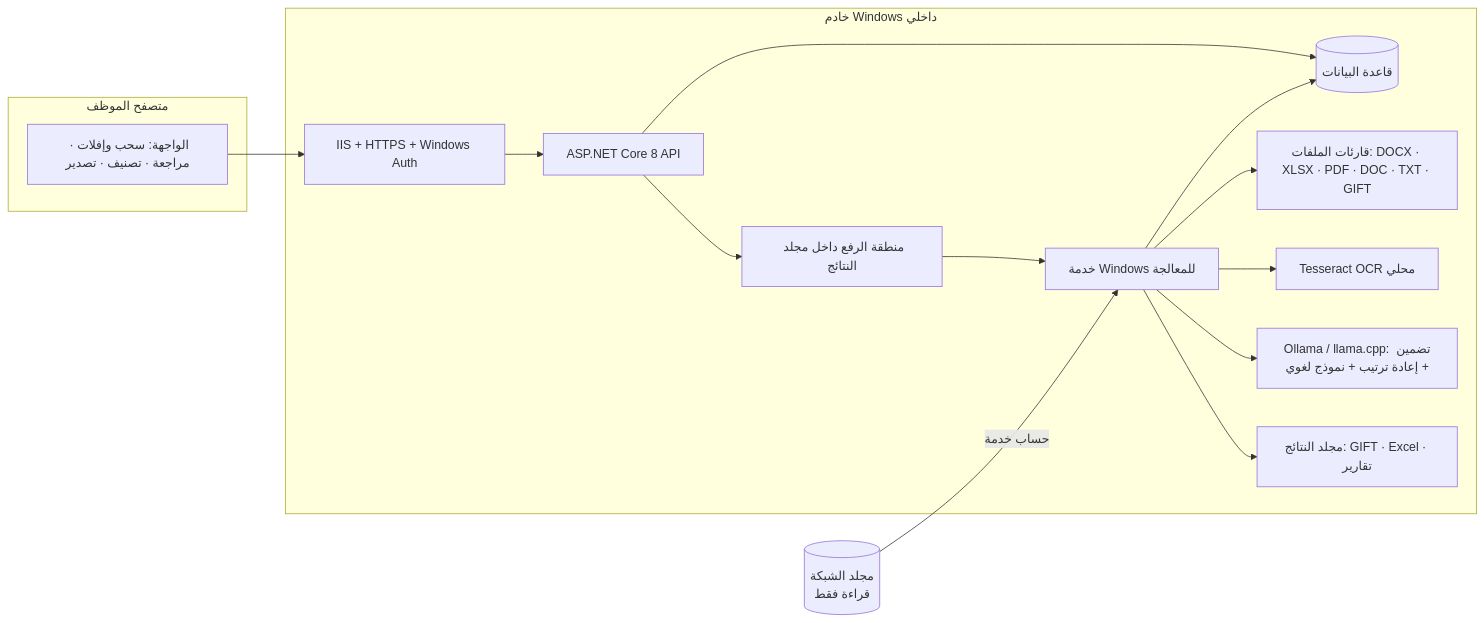
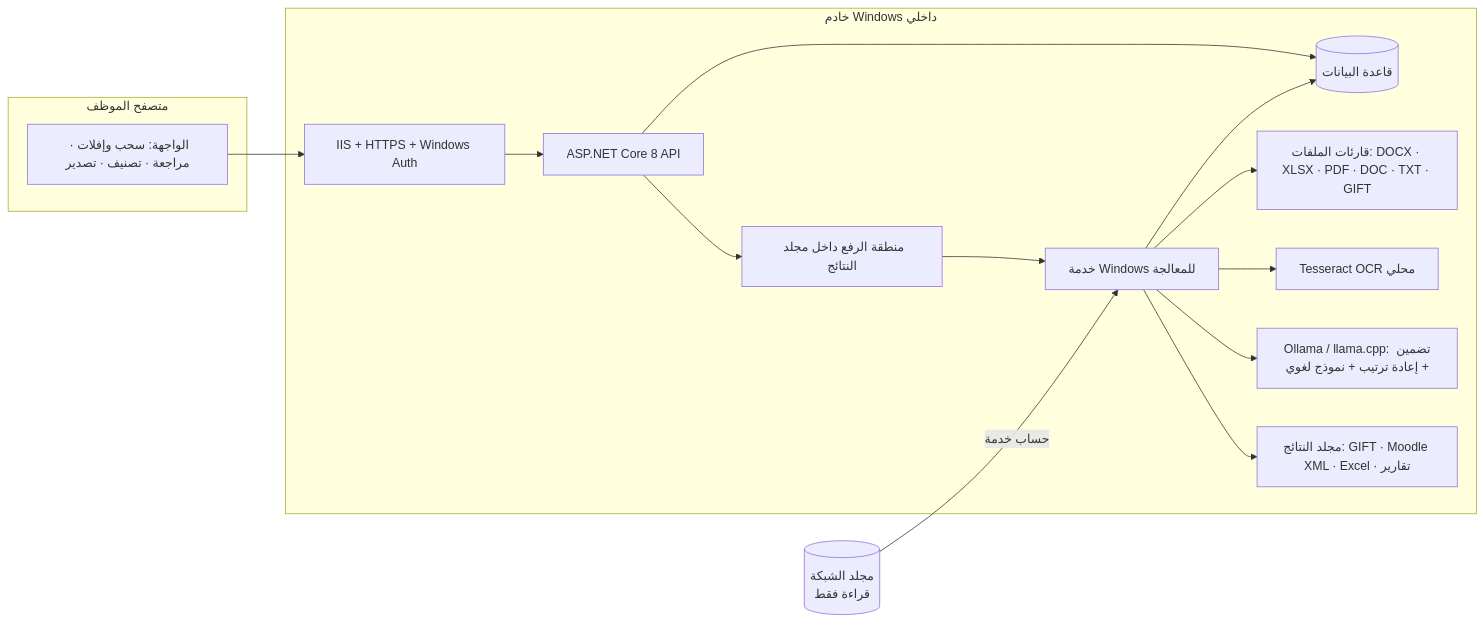
The first of 2 diagrams in docs/interface/PROPOSAL_AR.md (amaireh1989MZo/Exam-organization-), drawn with Mermaid before and after one commit. The commit also changed other lines of this file and 1 other file, not shown here.

First line of the commit message:
Add Moodle XML export to prototype basket and proposal

````diff
--- a/docs/interface/PROPOSAL_AR.md
+++ b/docs/interface/PROPOSAL_AR.md
@@ -46,19 +46,19 @@
 ```mermaid
 flowchart LR
   subgraph Browser[متصفح الموظف]
     UI[الواجهة: سحب وإفلات · مراجعة · تصنيف · تصدير]
   end
   subgraph Server[خادم Windows داخلي]
     IIS[IIS + HTTPS + Windows Auth] --> API[ASP.NET Core 8 API]
     API --> DB[(قاعدة البيانات)]
     API --> UP[منطقة الرفع داخل مجلد النتائج]
     W[خدمة Windows للمعالجة] --> DB
     W --> R[قارئات الملفات: DOCX · XLSX · PDF · DOC · TXT · GIFT]
     W --> OCR[Tesseract OCR محلي]
     W --> AI[Ollama / llama.cpp: تضمين + إعادة ترتيب + نموذج لغوي]
-    W --> OUT[مجلد النتائج: GIFT · Excel · تقارير]
+    W --> OUT[مجلد النتائج: GIFT · Moodle XML · Excel · تقارير]
   end
   SMB[(مجلد الشبكة\nقراءة فقط)] -->|حساب خدمة| W
   UI --> IIS
   UP --> W
 ```
````
